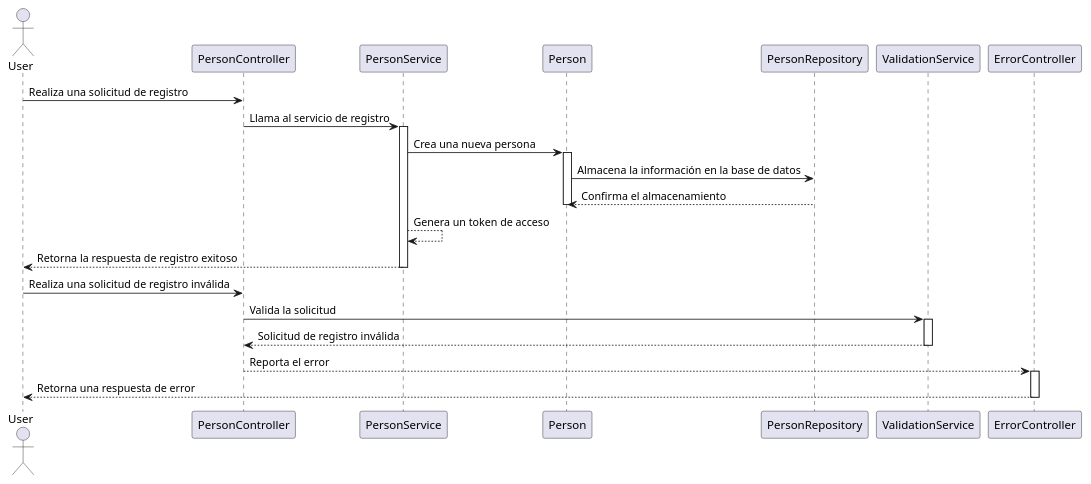
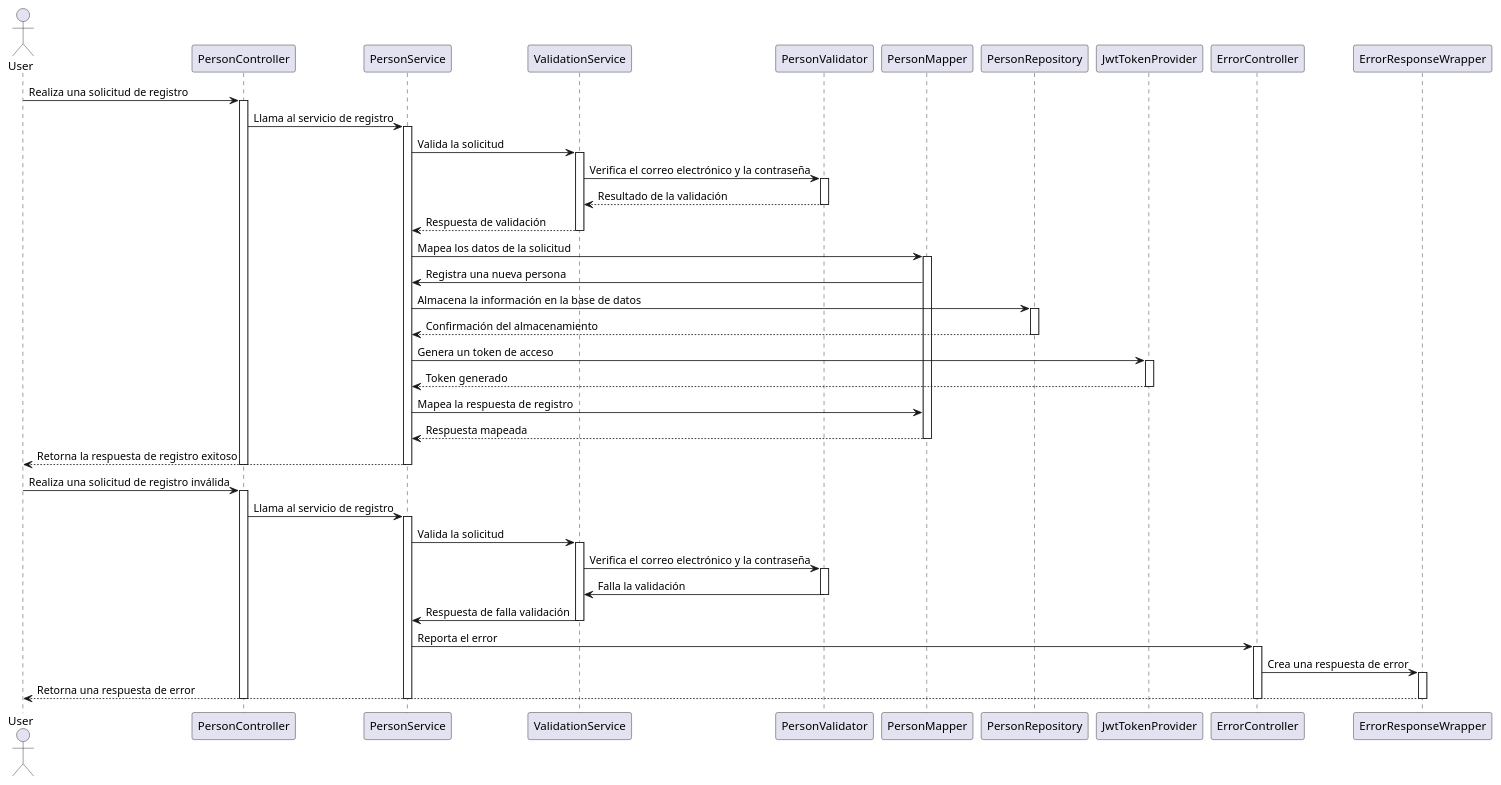
Before and after one commit to pablovass/userManagement: the diagram in src/main/resources/docs/userSequence.puml, drawn with PlantUML. The commit also changed 32 other files, not shown here.

```diff
--- a/src/main/resources/docs/userSequence.puml
+++ b/src/main/resources/docs/userSequence.puml
@@ -1,26 +1,57 @@
 @startuml
 actor User
 
 User -> PersonController: Realiza una solicitud de registro
+activate PersonController
 PersonController -> PersonService: Llama al servicio de registro
 activate PersonService
-PersonService -> Person: Crea una nueva persona
-activate Person
-Person -> PersonRepository: Almacena la información en la base de datos
-PersonRepository --> Person: Confirma el almacenamiento
-deactivate Person
-PersonService --> PersonService: Genera un token de acceso
+PersonService -> ValidationService: Valida la solicitud
+activate ValidationService
+ValidationService -> PersonValidator: Verifica el correo electrónico y la contraseña
+activate PersonValidator
+PersonValidator --> ValidationService: Resultado de la validación
+deactivate PersonValidator
+ValidationService --> PersonService: Respuesta de validación
+deactivate ValidationService
+PersonService -> PersonMapper: Mapea los datos de la solicitud
+activate PersonMapper
+PersonMapper -> PersonService: Registra una nueva persona
+PersonService -> PersonRepository: Almacena la información en la base de datos
+activate PersonRepository
+PersonRepository --> PersonService: Confirmación del almacenamiento
+deactivate PersonRepository
+PersonService -> JwtTokenProvider: Genera un token de acceso
+activate JwtTokenProvider
+JwtTokenProvider --> PersonService: Token generado
+deactivate JwtTokenProvider
+PersonService -> PersonMapper: Mapea la respuesta de registro
+PersonMapper --> PersonService: Respuesta mapeada
+deactivate PersonMapper
 PersonService --> User: Retorna la respuesta de registro exitoso
 deactivate PersonService
+deactivate PersonController
+User -> PersonController: Realiza una solicitud de registro inválida
+activate PersonController
+PersonController -> PersonService: Llama al servicio de registro
+activate PersonService
+PersonService -> ValidationService: Valida la solicitud
+activate ValidationService
+ValidationService -> PersonValidator: Verifica el correo electrónico y la contraseña
+activate PersonValidator
+PersonValidator -> ValidationService: Falla la validación
+deactivate PersonValidator
+ValidationService -> PersonService: Respuesta de falla validación
+deactivate ValidationService
+PersonService -> ErrorController: Reporta el error
+activate ErrorController
+ErrorController -> ErrorResponseWrapper: Crea una respuesta de error
+activate ErrorResponseWrapper
+ErrorResponseWrapper --> User: Retorna una respuesta de error
+deactivate ErrorResponseWrapper
+deactivate ErrorController
+deactivate PersonMapper
+deactivate PersonService
+deactivate PersonController
 
-User -> PersonController: Realiza una solicitud de registro inválida
-PersonController -> ValidationService: Valida la solicitud
-activate ValidationService
-ValidationService --> PersonController: Solicitud de registro inválida
-deactivate ValidationService
-PersonController --> ErrorController: Reporta el error
-activate ErrorController
-ErrorController --> User: Retorna una respuesta de error
-deactivate ErrorController
 
 @enduml
```
